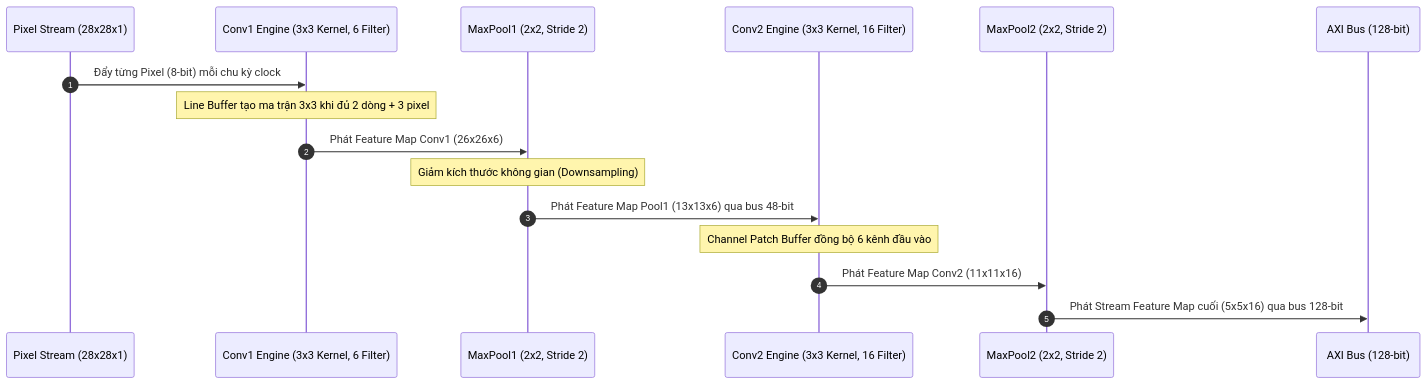
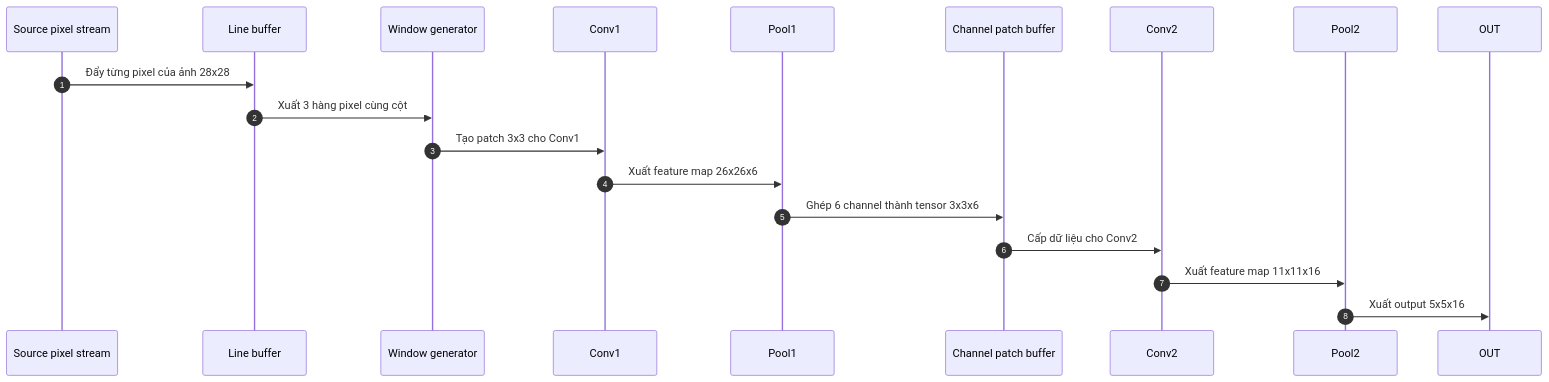
The second of 4 diagrams in README.md (ThaoVVPTIT/Group4), drawn with Mermaid before and after one commit. The commit also changed other lines of this file, not shown here.

````diff
--- a/README.md
+++ b/README.md
@@ -94,19 +56,21 @@
 ```mermaid
 sequenceDiagram
     autonumber
-    participant In as Pixel Stream (28x28x1)
-    participant C1 as Conv1 Engine (3x3 Kernel, 6 Filter)
-    participant P1 as MaxPool1 (2x2, Stride 2)
-    participant C2 as Conv2 Engine (3x3 Kernel, 16 Filter)
-    participant P2 as MaxPool2 (2x2, Stride 2)
-    participant Out as AXI Bus (128-bit)
+    participant S as Source pixel stream
+    participant L as Line buffer
+    participant W as Window generator
+    participant C1 as Conv1
+    participant P1 as Pool1
+    participant B as Channel patch buffer
+    participant C2 as Conv2
+    participant P2 as Pool2
 
-    In->>C1: Đẩy từng Pixel (8-bit) mỗi chu kỳ clock
-    Note over C1: Line Buffer tạo ma trận 3x3 khi đủ 2 dòng + 3 pixel
-    C1->>P1: Phát Feature Map Conv1 (26x26x6)
-    Note over P1: Giảm kích thước không gian (Downsampling)
-    P1->>C2: Phát Feature Map Pool1 (13x13x6) qua bus 48-bit
-    Note over C2: Channel Patch Buffer đồng bộ 6 kênh đầu vào
-    C2->>P2: Phát Feature Map Conv2 (11x11x16)
-    P2->>Out: Phát Stream Feature Map cuối (5x5x16) qua bus 128-bit
+    S->>L: Đẩy từng pixel của ảnh 28x28
+    L->>W: Xuất 3 hàng pixel cùng cột
+    W->>C1: Tạo patch 3x3 cho Conv1
+    C1->>P1: Xuất feature map 26x26x6
+    P1->>B: Ghép 6 channel thành tensor 3x3x6
+    B->>C2: Cấp dữ liệu cho Conv2
+    C2->>P2: Xuất feature map 11x11x16
+    P2->>OUT: Xuất output 5x5x16
 ```
````
